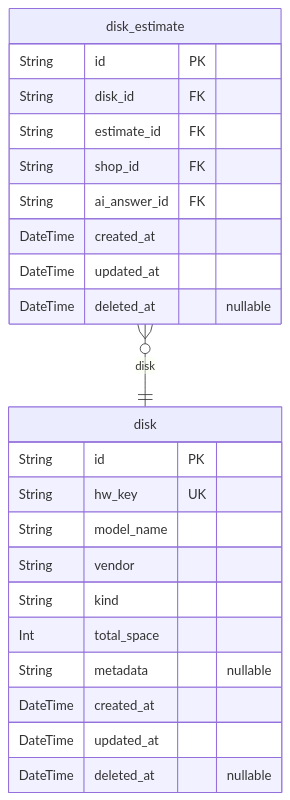
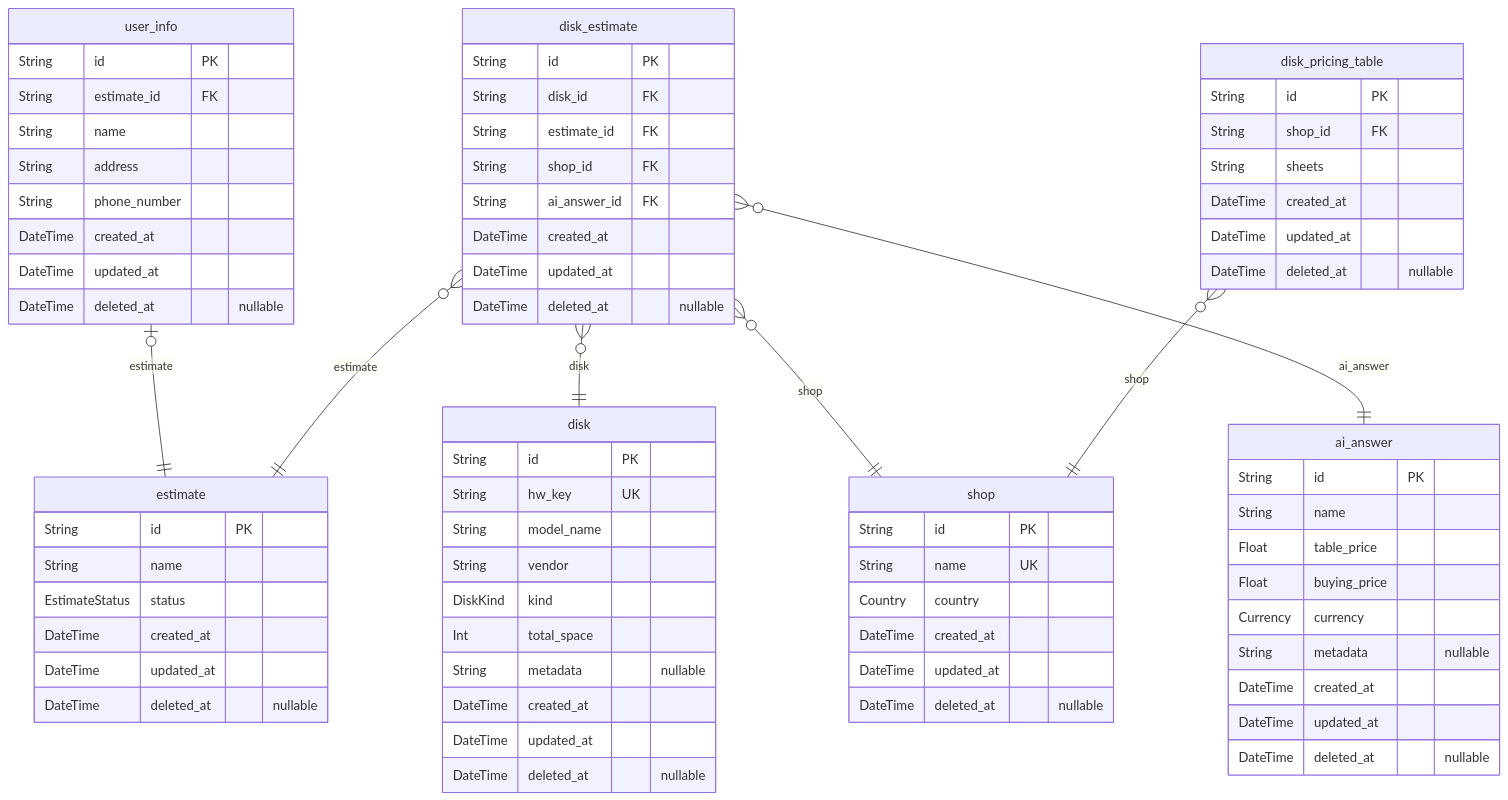
One commit to KGESH/hardware_spec_backend changed the sixth of 6 diagrams in prisma/ERD.md. Above: the diagram before and after it, drawn with Mermaid. The commit also changed other lines of this file and 12 other files, not shown here.

Commit message:
[Refactor] Estimate status

````diff
--- a/prisma/ERD.md
+++ b/prisma/ERD.md
@@ -781,26 +1092,76 @@
 ```mermaid
 erDiagram
+"estimate" {
+    String id PK
+    String name
+    EstimateStatus status
+    DateTime created_at
+    DateTime updated_at
+    DateTime deleted_at "nullable"
+}
+"user_info" {
+    String id PK
+    String estimate_id FK
+    String name
+    String address
+    String phone_number
+    DateTime created_at
+    DateTime updated_at
+    DateTime deleted_at "nullable"
+}
+"shop" {
+    String id PK
+    String name UK
+    Country country
+    DateTime created_at
+    DateTime updated_at
+    DateTime deleted_at "nullable"
+}
+"ai_answer" {
+    String id PK
+    String name
+    Float table_price
+    Float buying_price
+    Currency currency
+    String metadata "nullable"
+    DateTime created_at
+    DateTime updated_at
+    DateTime deleted_at "nullable"
+}
 "disk" {
     String id PK
     String hw_key UK
     String model_name
     String vendor
-    String kind
+    DiskKind kind
     Int total_space
     String metadata "nullable"
     DateTime created_at
     DateTime updated_at
     DateTime deleted_at "nullable"
 }
 "disk_estimate" {
     String id PK
     String disk_id FK
     String estimate_id FK
     String shop_id FK
     String ai_answer_id FK
     DateTime created_at
     DateTime updated_at
     DateTime deleted_at "nullable"
 }
+"disk_pricing_table" {
+    String id PK
+    String shop_id FK
+    String sheets
+    DateTime created_at
+    DateTime updated_at
+    DateTime deleted_at "nullable"
+}
+"user_info" |o--|| "estimate" : estimate
 "disk_estimate" }o--|| "disk" : disk
+"disk_estimate" }o--|| "estimate" : estimate
+"disk_estimate" }o--|| "shop" : shop
+"disk_estimate" }o--|| "ai_answer" : ai_answer
+"disk_pricing_table" }o--|| "shop" : shop
 ```
````
